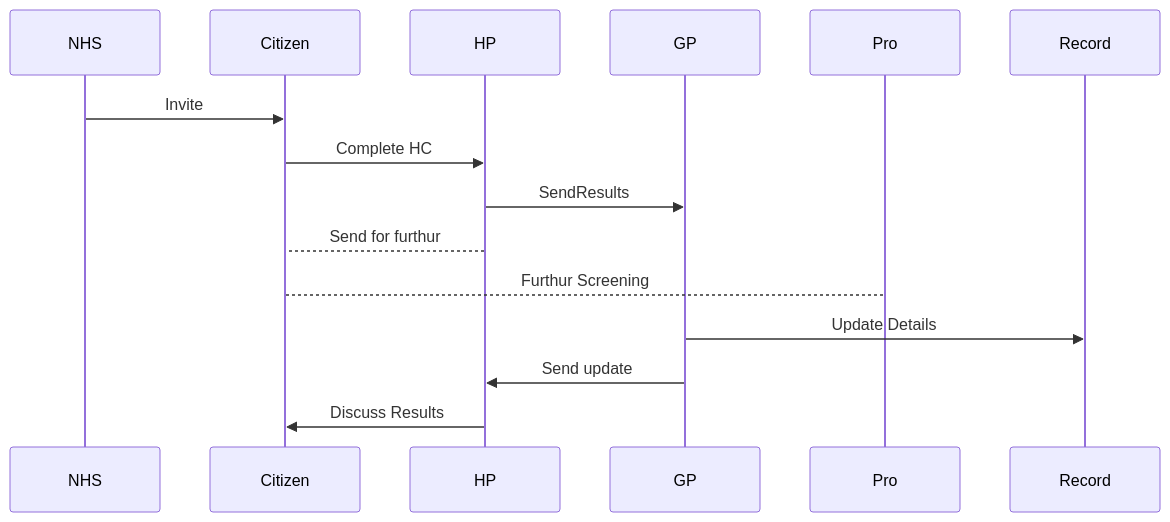
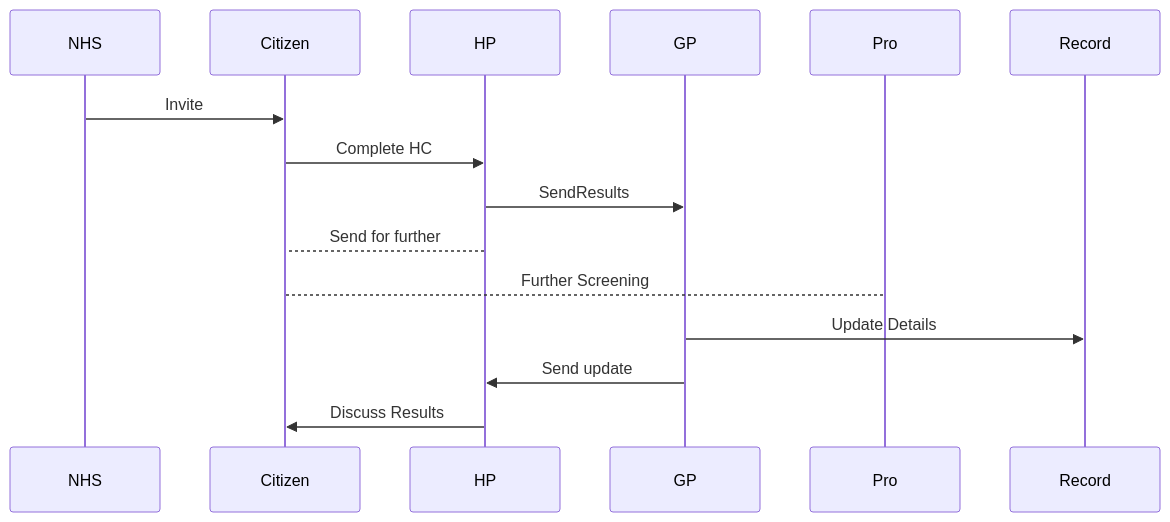
Before and after one commit to nhsexperience/nhs-experience: the second of 3 diagrams in docs/digital-health-check/architecture/data.md, drawn with Mermaid. The commit also changed other lines of this file and 310 other files, not shown here.

````diff
--- a/docs/digital-health-check/architecture/data.md
+++ b/docs/digital-health-check/architecture/data.md
@@ -46,11 +43,11 @@
-```mermaid!
+```mermaid
 sequenceDiagram
     NHS->>Citizen: Invite
     Citizen->>HP: Complete HC
     HP->>GP: SendResults
-    HP-->Citizen: Send for furthur
-    Citizen-->Pro: Furthur Screening
+    HP-->Citizen: Send for further
+    Citizen-->Pro: Further Screening
     GP->>Record: Update Details
     GP->>HP: Send update
     HP->>Citizen: Discuss Results
 ```
````
